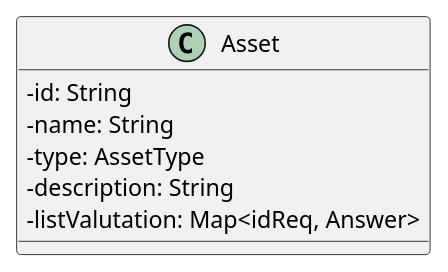
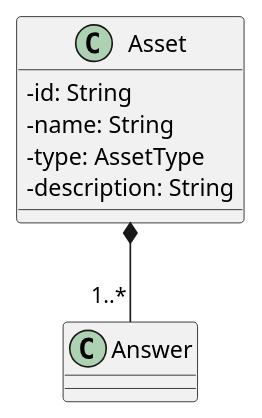
The diagram in src/PB/DocumentazioneEsterna/Specifica_Tecnica/content/uml/puml/Dominio/Asset.puml (GroupRubberDuck/Documentazione), drawn with PlantUML before and after one commit. The commit also changed 10 other files, not shown here.

```diff
--- a/src/PB/DocumentazioneEsterna/Specifica_Tecnica/content/uml/puml/Dominio/Asset.puml
+++ b/src/PB/DocumentazioneEsterna/Specifica_Tecnica/content/uml/puml/Dominio/Asset.puml
@@ -1,13 +1,14 @@
 @startuml Asset
 skinparam linetype ortho
 skinparam classAttributeIconSize 0
 
 class Asset {
     - id: String
     - name: String
     - type: AssetType
     - description: String
-    - listValutation: Map<idReq, Answer>
 }
 
+Asset *-- "1..*" Answer
+
 @enduml
```
